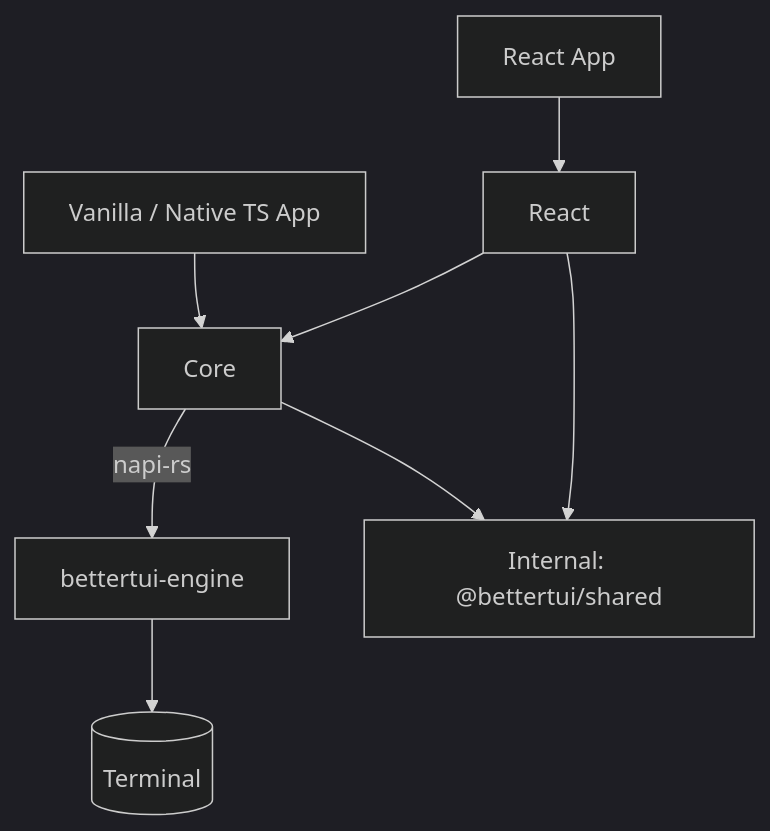
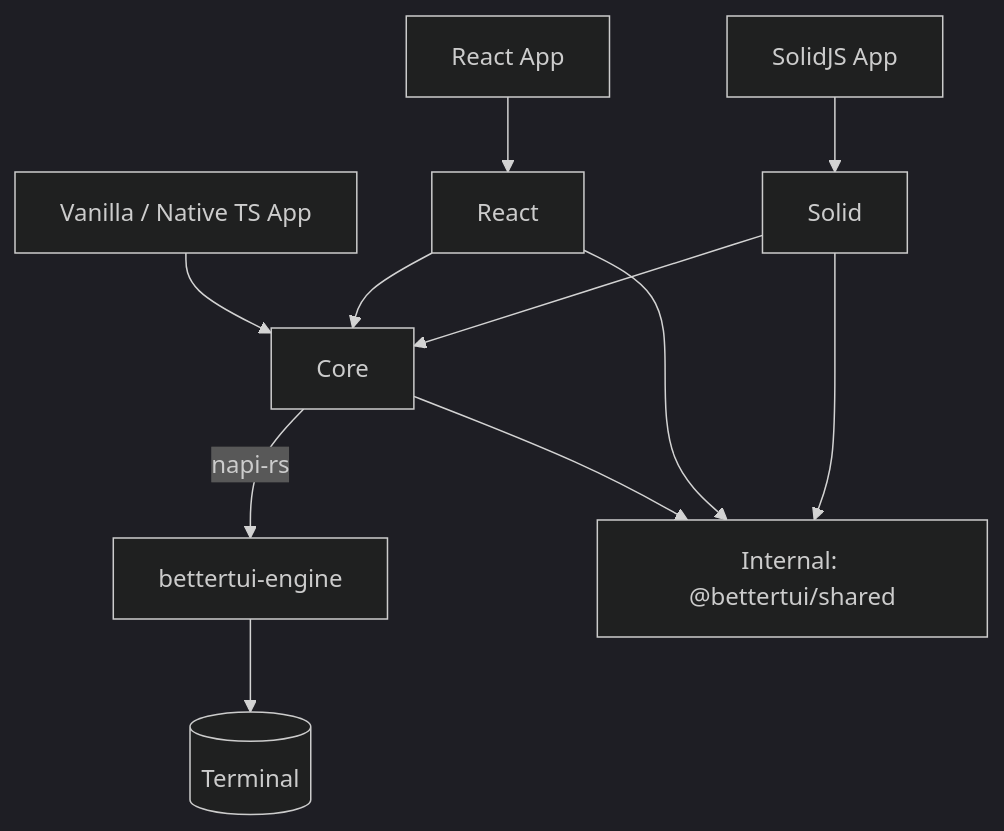
Before and after one commit to localfirstai/bettertui: the fifth of 6 diagrams in docs/architecture/overview.md, drawn with Mermaid (dark theme). The commit also changed other lines of this file and 8 other files, not shown here.

````diff
--- a/docs/architecture/overview.md
+++ b/docs/architecture/overview.md
@@ -146,11 +144,13 @@
 ```mermaid
 graph TD
     VR[Vanilla / Native TS App] --> Core
     AR[React App] --> React
+    SR[SolidJS App] --> Solid
     React --> Core
+    Solid --> Core
     Core -->|napi-rs| Engine[bettertui-engine]
     Engine --> Terminal[(Terminal)]
     Core --> Shared[Internal: @bettertui/shared]
     React --> Shared
-
+    Solid --> Shared
 ```
````
